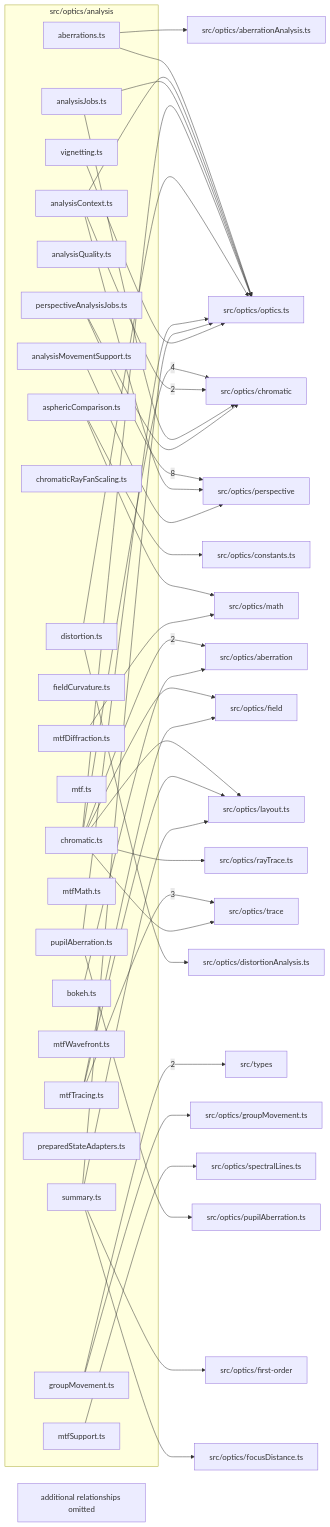
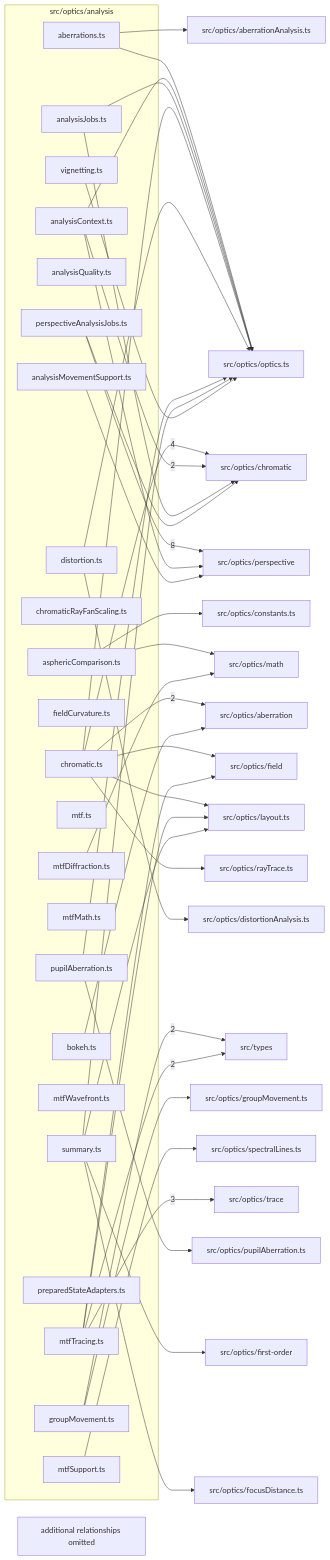
The diagram in src/optics/analysis/readme.md (ronbuening/LensVisualizer), drawn with Mermaid before and after one commit. The commit also changed other lines of this file and 12 other files, not shown here.

````diff
--- a/src/optics/analysis/readme.md
+++ b/src/optics/analysis/readme.md
@@ -57,6 +57,7 @@
   n_src_optics_analysis_src_optics_analysis_chromatic_ts --> |2| n_external_src_optics_aberration
   n_src_optics_analysis_src_optics_analysis_analysisContext_ts --> |2| n_external_src_optics_chromatic
   n_src_optics_analysis_src_optics_analysis_groupMovement_ts --> |2| n_external_src_types
+  n_src_optics_analysis_src_optics_analysis_mtfTracing_ts --> |2| n_external_src_types
   n_src_optics_analysis_src_optics_analysis_bokeh_ts --> n_external_src_optics_aberration
   n_src_optics_analysis_src_optics_analysis_aberrations_ts --> n_external_src_optics_aberrationAnalysis_ts
   n_src_optics_analysis_src_optics_analysis_analysisJobs_ts --> n_external_src_optics_chromatic
@@ -86,6 +87,5 @@
   n_src_optics_analysis_src_optics_analysis_pupilAberration_ts --> n_external_src_optics_pupilAberration_ts
   n_src_optics_analysis_src_optics_analysis_chromatic_ts --> n_external_src_optics_rayTrace_ts
   n_src_optics_analysis_src_optics_analysis_mtfSupport_ts --> n_external_src_optics_spectralLines_ts
-  n_src_optics_analysis_src_optics_analysis_chromatic_ts --> n_external_src_optics_trace
   n_src_optics_analysis_truncated["additional relationships omitted"]
 ```
````
